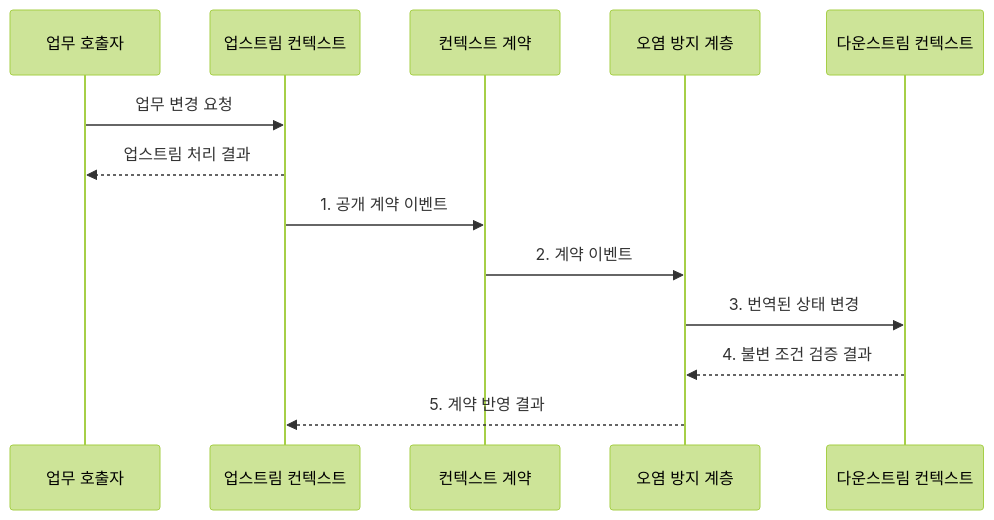
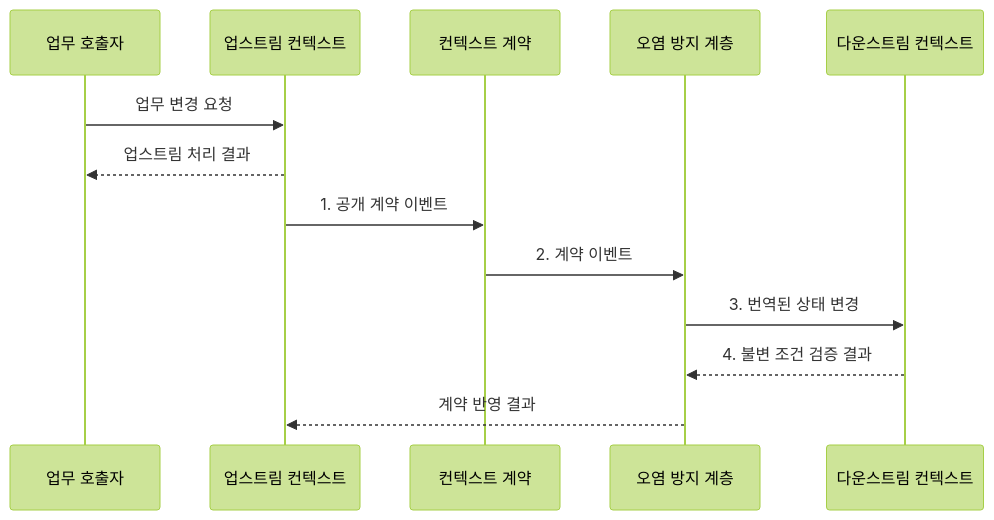
Before and after one commit to agnusdei1207/knowledge-base: the second of 2 diagrams in src/content/docs/notes/03-software/050_bounded_context.md, drawn with Mermaid (forest theme). The commit also changed other lines of this file and 8 other files, not shown here.

````diff
--- a/src/content/docs/notes/03-software/050_bounded_context.md
+++ b/src/content/docs/notes/03-software/050_bounded_context.md
@@ -83,15 +83,15 @@
 ```mermaid
 sequenceDiagram
     participant A as 업무 호출자
     participant U as 업스트림 컨텍스트
     participant C as 컨텍스트 계약
     participant L as 오염 방지 계층
     participant D as 다운스트림 컨텍스트
     A->>U: 업무 변경 요청
     U-->>A: 업스트림 처리 결과
     U->>C: 1. 공개 계약 이벤트
     C->>L: 2. 계약 이벤트
     L->>D: 3. 번역된 상태 변경
     D-->>L: 4. 불변 조건 검증 결과
-    L-->>U: 5. 계약 반영 결과
+    L-->>U: 계약 반영 결과
 ```
````
